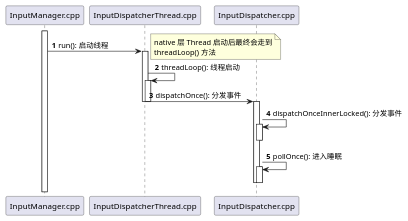
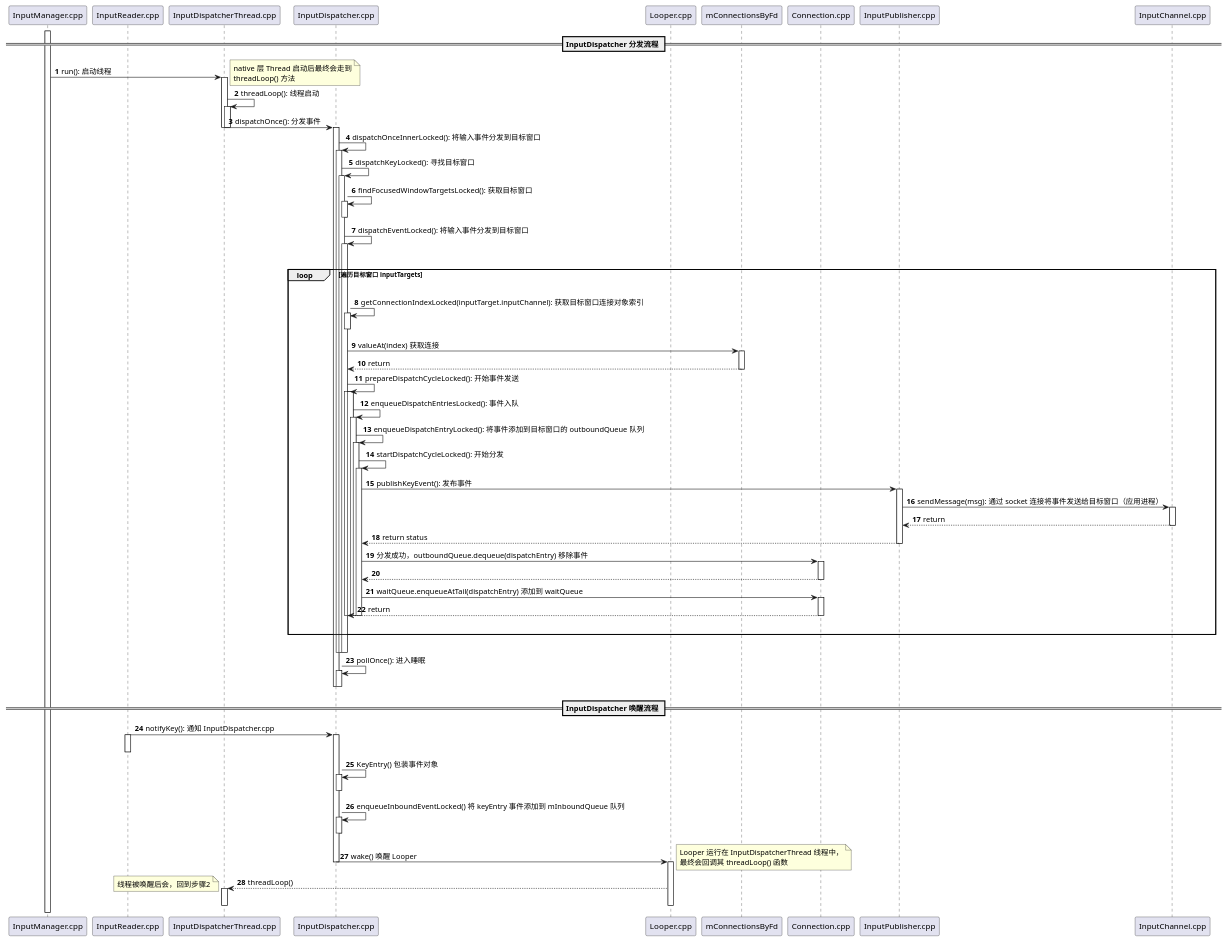
One commit to xHonghui/android-26 changed the diagram in doc/Android输入系统/IMS_input_dispatcher.puml. Above: the diagram before and after it, drawn with PlantUML. The commit also changed 1 other file, not shown here.

Commit message:
feat: IMS-inputDispatcher流程；

```diff
--- a/doc/Android输入系统/IMS_input_dispatcher.puml
+++ b/doc/Android输入系统/IMS_input_dispatcher.puml
@@ -1,32 +1,126 @@
 @startuml
 'https://plantuml.com/sequence-diagram
 'IMS inputDispatcher 对事件的分发
 autonumber
 
 participant InputManager.cpp
+participant InputReader.cpp
 participant InputDispatcherThread.cpp
 participant InputDispatcher.cpp
+participant Looper.cpp
+participant mConnectionsByFd
+participant Connection.cpp
+participant InputPublisher.cpp
+participant InputChannel.cpp
 
 
+== InputDispatcher 分发流程 ==
 activate InputManager.cpp
 InputManager.cpp -> InputDispatcherThread.cpp: run(): 启动线程
 note right
     native 层 Thread 启动后最终会走到
     threadLoop() 方法
 end note
 activate InputDispatcherThread.cpp
 InputDispatcherThread.cpp -> InputDispatcherThread.cpp: threadLoop(): 线程启动
 activate InputDispatcherThread.cpp
 InputDispatcherThread.cpp -> InputDispatcher.cpp: dispatchOnce(): 分发事件
 deactivate InputDispatcherThread.cpp
 deactivate InputDispatcherThread.cpp
 activate InputDispatcher.cpp
-InputDispatcher.cpp -> InputDispatcher.cpp: dispatchOnceInnerLocked(): 分发事件
+InputDispatcher.cpp -> InputDispatcher.cpp: dispatchOnceInnerLocked(): 将输入事件分发到目标窗口
 activate InputDispatcher.cpp
+InputDispatcher.cpp -> InputDispatcher.cpp: dispatchKeyLocked(): 寻找目标窗口
+activate InputDispatcher.cpp
+InputDispatcher.cpp -> InputDispatcher.cpp: findFocusedWindowTargetsLocked(): 获取目标窗口
+activate InputDispatcher.cpp
+deactivate InputDispatcher.cpp
+InputDispatcher.cpp -> InputDispatcher.cpp: dispatchEventLocked(): 将输入事件分发到目标窗口
+activate InputDispatcher.cpp
+|||
+
+'遍历所有目标窗口 inputTargets
+loop 遍历目标窗口 inputTargets
+|||
+InputDispatcher.cpp -> InputDispatcher.cpp: getConnectionIndexLocked(inputTarget.inputChannel): 获取目标窗口连接对象索引
+activate InputDispatcher.cpp
+deactivate InputDispatcher.cpp
+InputDispatcher.cpp -> mConnectionsByFd: valueAt(index) 获取连接
+activate mConnectionsByFd
+mConnectionsByFd --> InputDispatcher.cpp: return
+deactivate mConnectionsByFd
+InputDispatcher.cpp -> InputDispatcher.cpp: prepareDispatchCycleLocked(): 开始事件发送
+activate InputDispatcher.cpp
+activate InputDispatcher.cpp
+InputDispatcher.cpp -> InputDispatcher.cpp: enqueueDispatchEntriesLocked(): 事件入队
+activate InputDispatcher.cpp
+InputDispatcher.cpp -> InputDispatcher.cpp: enqueueDispatchEntryLocked(): 将事件添加到目标窗口的 outboundQueue 队列
+activate InputDispatcher.cpp
+InputDispatcher.cpp -> InputDispatcher.cpp: startDispatchCycleLocked(): 开始分发
+activate InputDispatcher.cpp
+InputDispatcher.cpp -> InputPublisher.cpp: publishKeyEvent(): 发布事件
+activate InputPublisher.cpp
+InputPublisher.cpp -> InputChannel.cpp: sendMessage(msg): 通过 socket 连接将事件发送给目标窗口（应用进程）
+activate InputChannel.cpp
+InputChannel.cpp --> InputPublisher.cpp: return
+deactivate InputChannel.cpp
+InputPublisher.cpp --> InputDispatcher.cpp: return status
+deactivate InputPublisher.cpp
+InputDispatcher.cpp -> Connection.cpp: 分发成功，outboundQueue.dequeue(dispatchEntry) 移除事件
+activate Connection.cpp
+Connection.cpp --> InputDispatcher.cpp:
+deactivate Connection.cpp
+InputDispatcher.cpp -> Connection.cpp: waitQueue.enqueueAtTail(dispatchEntry) 添加到 waitQueue
+activate Connection.cpp
+Connection.cpp --> InputDispatcher.cpp: return
+deactivate Connection.cpp
+deactivate InputDispatcher.cpp
+deactivate InputDispatcher.cpp
+deactivate InputDispatcher.cpp
+deactivate InputDispatcher.cpp
+deactivate InputDispatcher.cpp
+|||
+'循环结束
+end
+|||
+
+deactivate InputDispatcher.cpp
+deactivate InputDispatcher.cpp
 deactivate InputDispatcher.cpp
 InputDispatcher.cpp -> InputDispatcher.cpp: pollOnce(): 进入睡眠
 activate InputDispatcher.cpp
 deactivate InputDispatcher.cpp
 deactivate InputDispatcher.cpp
+deactivate InputDispatcher.cpp
+
+
+== InputDispatcher 唤醒流程 ==
+InputReader.cpp -> InputDispatcher.cpp: notifyKey(): 通知 InputDispatcher.cpp
+activate InputReader.cpp
+deactivate InputReader.cpp
+activate InputDispatcher.cpp
+InputDispatcher.cpp -> InputDispatcher.cpp: KeyEntry() 包装事件对象
+activate InputDispatcher.cpp
+deactivate InputDispatcher.cpp
+InputDispatcher.cpp -> InputDispatcher.cpp: enqueueInboundEventLocked() 将 keyEntry 事件添加到 mInboundQueue 队列
+activate InputDispatcher.cpp
+deactivate InputDispatcher.cpp
+InputDispatcher.cpp -> Looper.cpp: wake() 唤醒 Looper
+deactivate InputDispatcher.cpp
+note right
+    Looper 运行在 InputDispatcherThread 线程中，
+    最终会回调其 threadLoop() 函数
+end note
+activate Looper.cpp
+Looper.cpp --> InputDispatcherThread.cpp: threadLoop()
+note left
+    线程被唤醒后会，回到步骤2
+end note
+activate InputDispatcherThread.cpp
+deactivate InputDispatcherThread.cpp
+deactivate Looper.cpp
+
+
+
 
 @enduml
```
